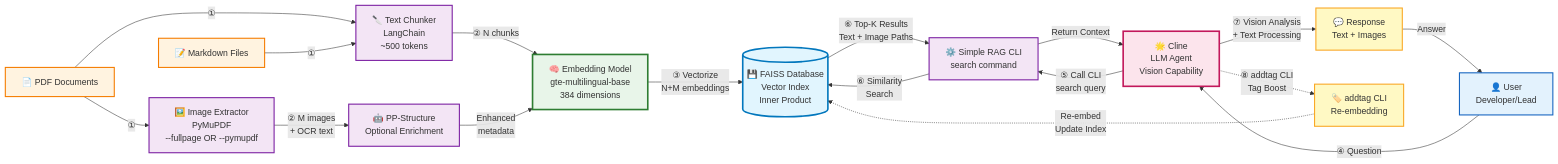
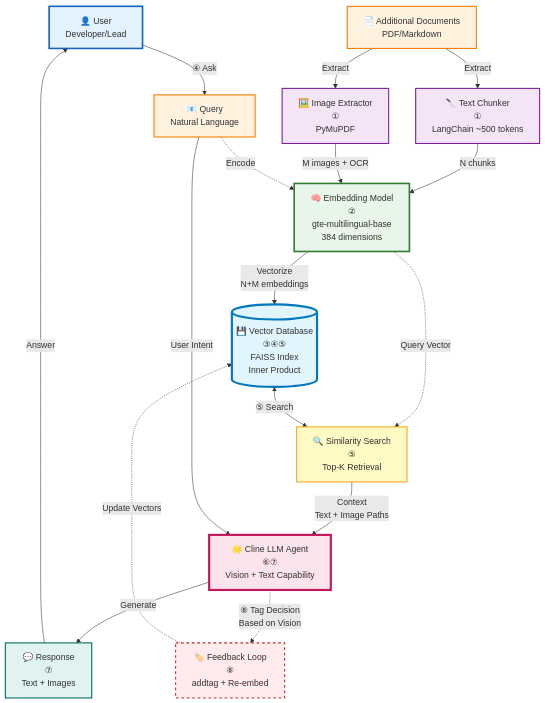
One commit to ngcix/doc-rag changed the fourth of 4 diagrams in report-doc/10-debuit-clineSR.md. Above: the diagram before and after it, drawn with Mermaid.

Commit message:
update report full

````diff
--- a/report-doc/10-debuit-clineSR.md
+++ b/report-doc/10-debuit-clineSR.md
@@ -415,67 +415,73 @@
 ```mermaid
-flowchart LR
-    %% Data Sources
-    PDF[📄 PDF Documents]
-    MD[📝 Markdown Files]
+flowchart TB
+    %% Left Side: User & Query
+    User[👤 User<br/>Developer/Lead]
+    Query[📧 Query<br/>Natural Language]
     
-    %% Processing Components
-    Chunker[🔪 Text Chunker<br/>LangChain<br/>~500 tokens]
-    ImgExt[🖼️ Image Extractor<br/>PyMuPDF<br/>--fullpage OR --pymupdf]
-    PPStruct[🤖 PP-Structure<br/>Optional Enrichment]
+    %% Center Top: Documents & Processing
+    Docs[📄 Additional Documents<br/>PDF/Markdown]
     
-    Embed[🧠 Embedding Model<br/>gte-multilingual-base<br/>384 dimensions]
+    %% Processing Layer
+    Chunker[🔪 Text Chunker<br/>①<br/>LangChain ~500 tokens]
+    ImgExt[🖼️ Image Extractor<br/>①<br/>PyMuPDF]
     
-    %% Storage
-    FAISS[(💾 FAISS Database<br/>Vector Index<br/>Inner Product)]
+    %% Embedding
+    Embed[🧠 Embedding Model<br/>②<br/>gte-multilingual-base<br/>384 dimensions]
     
-    %% Query Flow
-    User[👤 User<br/>Developer/Lead]
-    Cline[🌟 Cline<br/>LLM Agent<br/>Vision Capability]
-    CLI[⚙️ Simple RAG CLI<br/>search command]
+    %% Database
+    FAISS[(💾 Vector Database<br/>③④⑤<br/>FAISS Index<br/>Inner Product)]
     
-    Response[💬 Response<br/>Text + Images]
+    %% Cline Agent
+    Cline[🌟 Cline LLM Agent<br/>⑥⑦<br/>Vision + Text Capability]
+    
+    %% Search
+    Search[🔍 Similarity Search<br/>⑤<br/>Top-K Retrieval]
+    
+    %% Response
+    Response[💬 Response<br/>⑦<br/>Text + Images]
     
     %% Feedback
-    AddTag[🏷️ addtag CLI<br/>Re-embedding]
+    AddTag[🏷️ Feedback Loop<br/>⑧<br/>addtag + Re-embed]
     
-    %% INGESTION FLOW (Steps 1-3)
-    PDF -->|①| Chunker
-    MD -->|①| Chunker
-    PDF -->|①| ImgExt
+    %% FLOW: Ingestion (1-3)
+    Docs -->|Extract| Chunker
+    Docs -->|Extract| ImgExt
+    Chunker -->|N chunks| Embed
+    ImgExt -->|M images + OCR| Embed
+    Embed -->|Vectorize<br/>N+M embeddings| FAISS
     
-    Chunker -->|② N chunks| Embed
-    ImgExt -->|② M images<br/>+ OCR text| PPStruct
-    PPStruct -->|Enhanced<br/>metadata| Embed
-    
-    Embed -->|③ Vectorize<br/>N+M embeddings| FAISS
-    
-    %% QUERY FLOW (Steps 4-7)
-    User -->|④ Question| Cline
-    Cline -->|⑤ Call CLI<br/>search query| CLI
-    CLI -->|⑥ Similarity<br/>Search| FAISS
-    FAISS -->|⑥ Top-K Results<br/>Text + Image Paths| CLI
-    CLI -->|Return Context| Cline
-    Cline -->|⑦ Vision Analysis<br/>+ Text Processing| Response
+    %% FLOW: Query (4-7)
+    User -->|④ Ask| Query
+    Query -.->|Encode| Embed
+    Embed -.->|Query Vector| Search
+    FAISS <-->|⑤ Search| Search
+    Search -->|Context<br/>Text + Image Paths| Cline
+    Query -->|User Intent| Cline
+    Cline -->|Generate| Response
     Response -->|Answer| User
     
-    %% FEEDBACK FLOW (Step 8)
-    Cline -.->|⑧ addtag CLI<br/>Tag Boost| AddTag
-    AddTag -.->|Re-embed<br/>Update Index| FAISS
+    %% FLOW: Feedback (8)
+    Cline -.->|⑧ Tag Decision<br/>Based on Vision| AddTag
+    AddTag -.->|Update Vectors| FAISS
     
     %% Styling
-    classDef sourceStyle fill:#fff3e0,stroke:#f57c00,stroke-width:2px
+    classDef userStyle fill:#e3f2fd,stroke:#1565c0,stroke-width:3px
+    classDef docStyle fill:#fff3e0,stroke:#f57c00,stroke-width:2px
     classDef processStyle fill:#f3e5f5,stroke:#7b1fa2,stroke-width:2px
     classDef modelStyle fill:#e8f5e9,stroke:#2e7d32,stroke-width:3px
-    classDef storageStyle fill:#e1f5fe,stroke:#0277bd,stroke-width:3px
-    classDef userStyle fill:#e3f2fd,stroke:#1565c0,stroke-width:2px
-    classDef agentStyle fill:#fce4ec,stroke:#c2185b,stroke-width:3px
-    classDef feedbackStyle fill:#fff9c4,stroke:#f9a825,stroke-width:2px
+    classDef dbStyle fill:#e1f5fe,stroke:#0277bd,stroke-width:4px
+    classDef agentStyle fill:#fce4ec,stroke:#c2185b,stroke-width:4px
+    classDef searchStyle fill:#fff9c4,stroke:#f9a825,stroke-width:2px
+    classDef responseStyle fill:#e0f2f1,stroke:#00695c,stroke-width:2px
+    classDef feedbackStyle fill:#ffebee,stroke:#c62828,stroke-width:2px,stroke-dasharray: 5 5
     
-    class PDF,MD sourceStyle
-    class Chunker,ImgExt,PPStruct,CLI processStyle
+    class User userStyle
+    class Query,Docs docStyle
+    class Chunker,ImgExt processStyle
     class Embed modelStyle
-    class FAISS storageStyle
-    class User userStyle
+    class FAISS dbStyle
     class Cline agentStyle
-    class Response,AddTag feedbackStyle
+    class Search searchStyle
+    class Response responseStyle
+    class AddTag feedbackStyle
 ```
````
